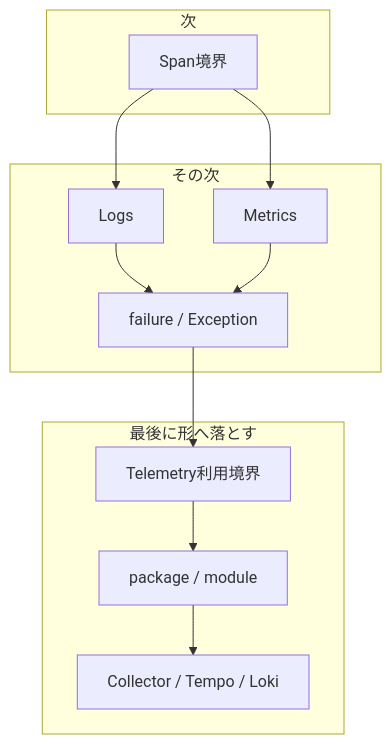
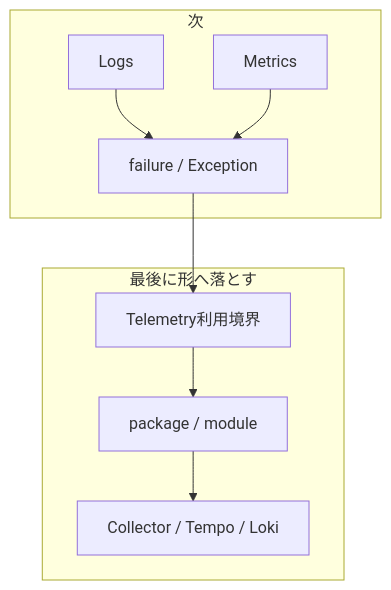
Before and after one commit to takashit16833/Workbench: the seventh of 7 diagrams in Notes/RAGScope/RAGScopeアプリケーション/RS-0023 Observability設計メモ.md, drawn with Mermaid. The commit also changed other lines of this file, not shown here.

````diff
--- a/Notes/RAGScope/RAGScopeアプリケーション/RS-0023 Observability設計メモ.md
+++ b/Notes/RAGScope/RAGScopeアプリケーション/RS-0023 Observability設計メモ.md
@@ -201,22 +227,16 @@
 ```mermaid
 flowchart TD
-    subgraph FIRST["次"]
-        B["Span境界"]
-    end
-
-    subgraph NEXT["その次"]
+    subgraph NEXT["次"]
         C["Logs"]
         D["Metrics"]
         E["failure / Exception"]
     end
 
     subgraph LAST["最後に形へ落とす"]
         F["Telemetry利用境界"] --> G["package / module"] --> H["Collector / Tempo / Loki"]
     end
 
-    B --> C
-    B --> D
     C --> E
     D --> E
     E --> F
 ```
````
